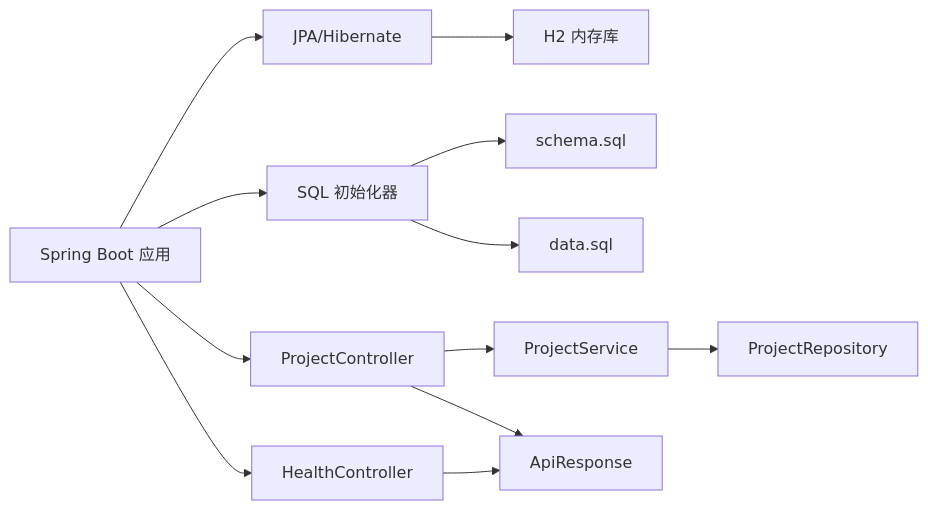
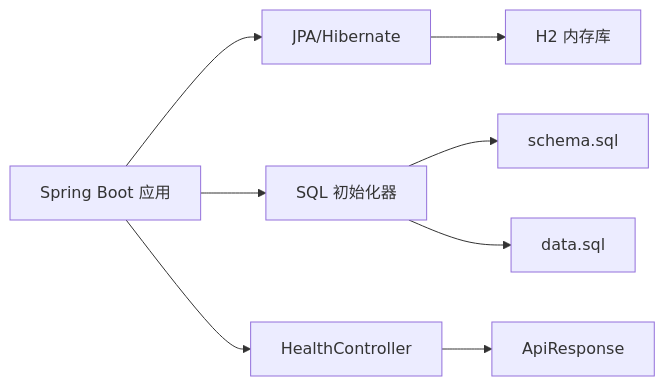
The third of 4 diagrams in .qoder/repowiki/zh/content/数据库设计.md (zhou9832/test1-qoder), drawn with Mermaid before and after one commit. The commit also changed other lines of this file and 59 other files, not shown here.

````diff
--- a/.qoder/repowiki/zh/content/数据库设计.md
+++ b/.qoder/repowiki/zh/content/数据库设计.md
@@ -318,14 +234,10 @@
 ```mermaid
 graph LR
 SB["Spring Boot 应用"] --> JPA["JPA/Hibernate"]
 JPA --> H2["H2 内存库"]
 SB --> INIT["SQL 初始化器"]
 INIT --> SCHEMA["schema.sql"]
 INIT --> DATA["data.sql"]
 SB --> HEALTH_API["HealthController"]
-SB --> PROJECT_API["ProjectController"]
-PROJECT_API --> PROJECT_SERVICE["ProjectService"]
-PROJECT_SERVICE --> PROJECT_REPO["ProjectRepository"]
 HEALTH_API --> RESP["ApiResponse"]
-PROJECT_API --> RESP
 ```
````
